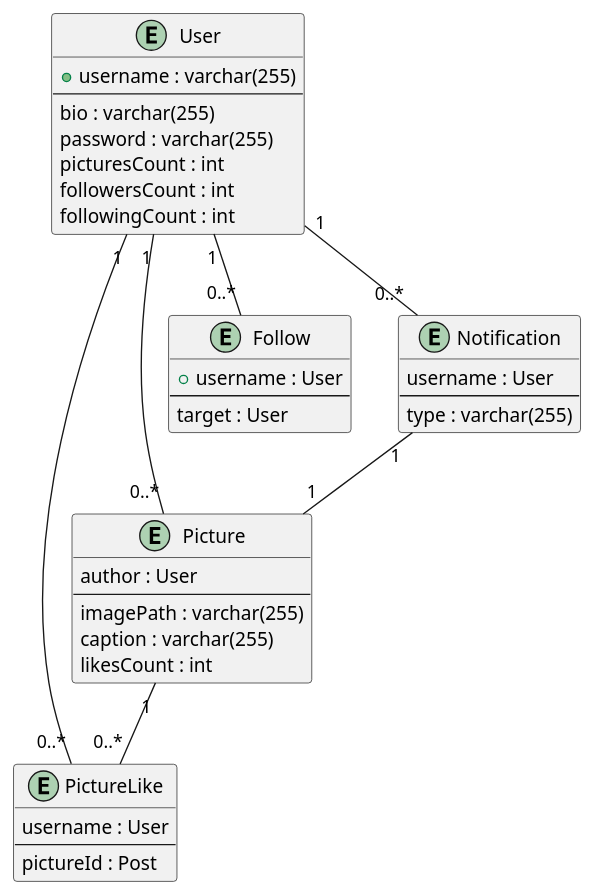
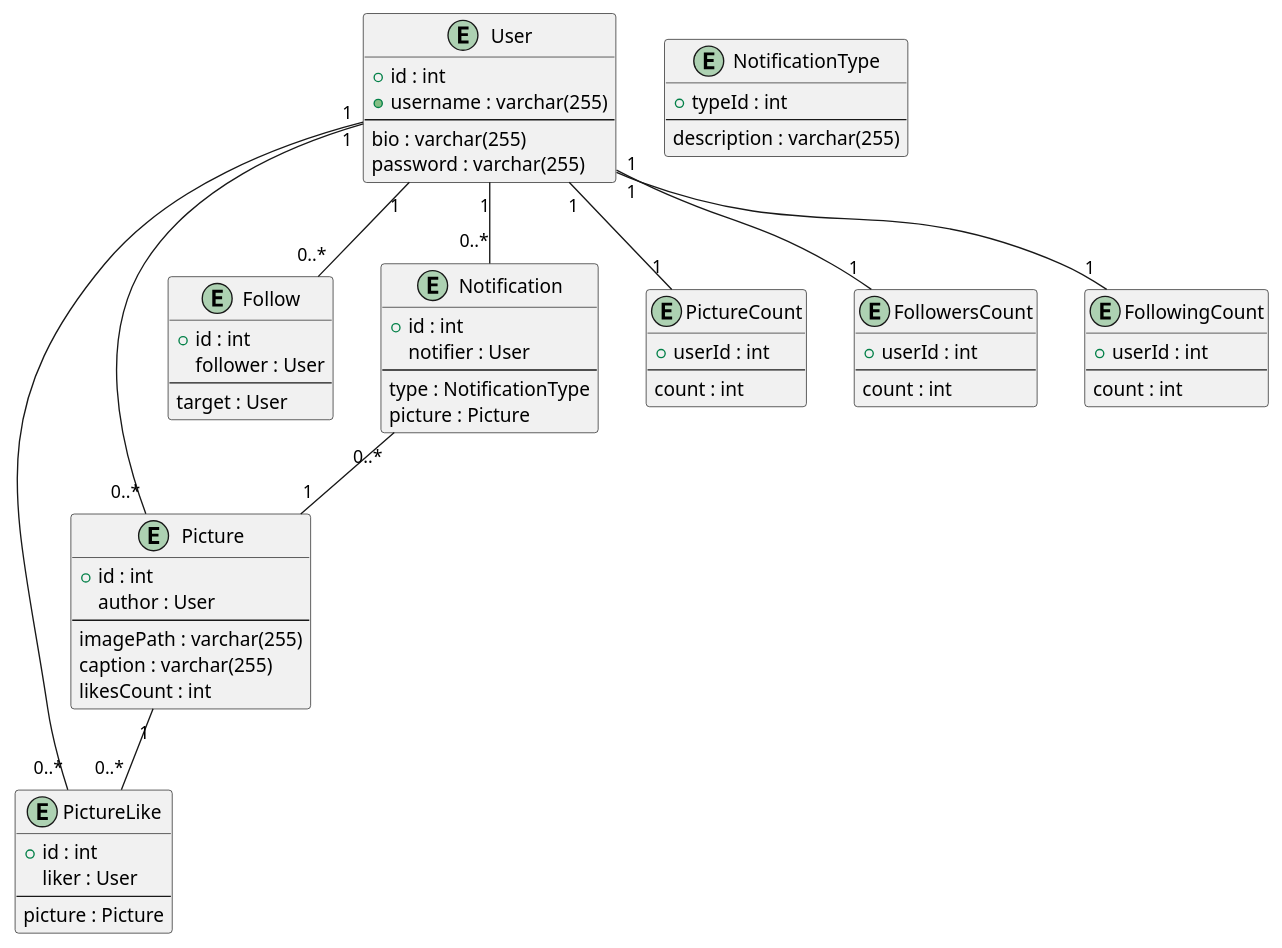
The diagram in PUML/erd.puml (MaxGurbanli/Quackstagram), drawn with PlantUML before and after one commit.

Commit message:
Improve ERD to match new Schema

```diff
--- a/PUML/erd.puml
+++ b/PUML/erd.puml
@@ -1,44 +1,76 @@
 @startuml QuackstagramERD
+
 entity "User" as user {
+  + id : int
   + username : varchar(255)
   --
   bio : varchar(255)
   password : varchar(255)
-  picturesCount : int
-  followersCount : int
-  followingCount : int
 }
 
 entity "Picture" as picture {
+  + id : int
   author : User
   --
   imagePath : varchar(255)
   caption : varchar(255)
   likesCount : int
 }
 
 entity "PictureLike" as picturelike {
-  username : User
+  + id : int
+  liker : User
   --
-  pictureId : Post
+  picture : Picture
 }
 
 entity "Follow" as follow {
-  + username : User
+  + id : int
+  follower : User
   --
   target : User
 }
 
 entity "Notification" as notification {
-  username : User
+  + id : int
+  notifier : User
   --
-  type : varchar(255)
+  type : NotificationType
+  picture : Picture
+}
+
+entity "PictureCount" as piccount {
+  + userId : int
+  --
+  count : int
+}
+
+entity "FollowersCount" as fcount {
+  + userId : int
+  --
+  count : int
+}
+
+entity "FollowingCount" as flcount {
+  + userId : int
+  --
+  count : int
+}
+
+entity "NotificationType" as ntype {
+  + typeId : int
+  --
+  description : varchar(255)
 }
 
 user "1" -- "0..*" picture
 user "1" -- "0..*" picturelike
 user "1" -- "0..*" follow
 user "1" -- "0..*" notification
-notification "1" -- "1" picture
+user "1" -- "1" piccount
+user "1" -- "1" fcount
+user "1" -- "1" flcount
+notification "0..*" -- "1" picture
 picture "1" -- "0..*" picturelike
+
 @enduml
```
